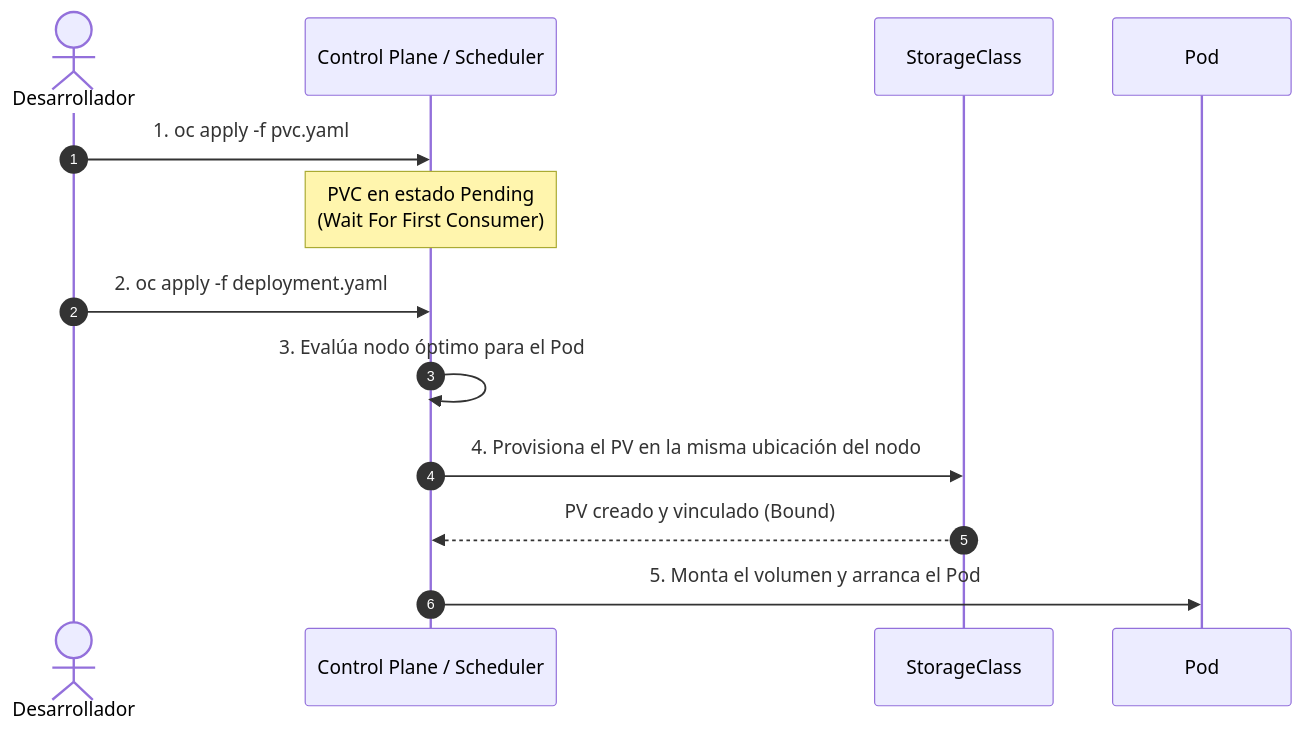
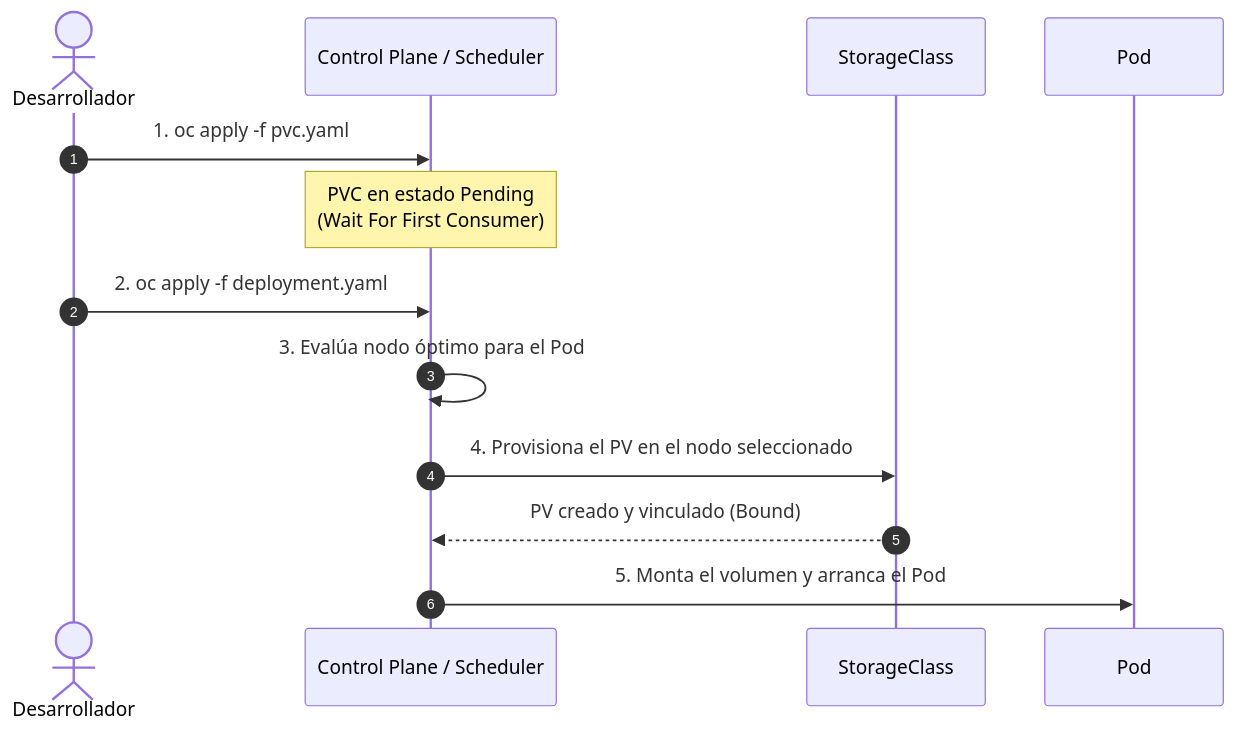
The third of 5 diagrams in docs/sesion2/2.5 Almacenamiento Persistente.md (ieftraining/curso-openshift), drawn with Mermaid before and after one commit. The commit also changed other lines of this file, not shown here.

````diff
--- a/docs/sesion2/2.5 Almacenamiento Persistente.md
+++ b/docs/sesion2/2.5 Almacenamiento Persistente.md
@@ -135,16 +135,16 @@
 ```mermaid
 sequenceDiagram
     autonumber
     actor Dev as Desarrollador
     participant K8s as Control Plane / Scheduler
     participant SC as StorageClass
     participant Pod as Pod
 
     Dev->>K8s: 1. oc apply -f pvc.yaml
     Note over K8s: PVC en estado Pending<br/>(Wait For First Consumer)
     Dev->>K8s: 2. oc apply -f deployment.yaml
     K8s->>K8s: 3. Evalúa nodo óptimo para el Pod
-    K8s->>SC: 4. Provisiona el PV en la misma ubicación del nodo
+    K8s->>SC: 4. Provisiona el PV en el nodo seleccionado
     SC-->>K8s: PV creado y vinculado (Bound)
     K8s->>Pod: 5. Monta el volumen y arranca el Pod
 ```
````
